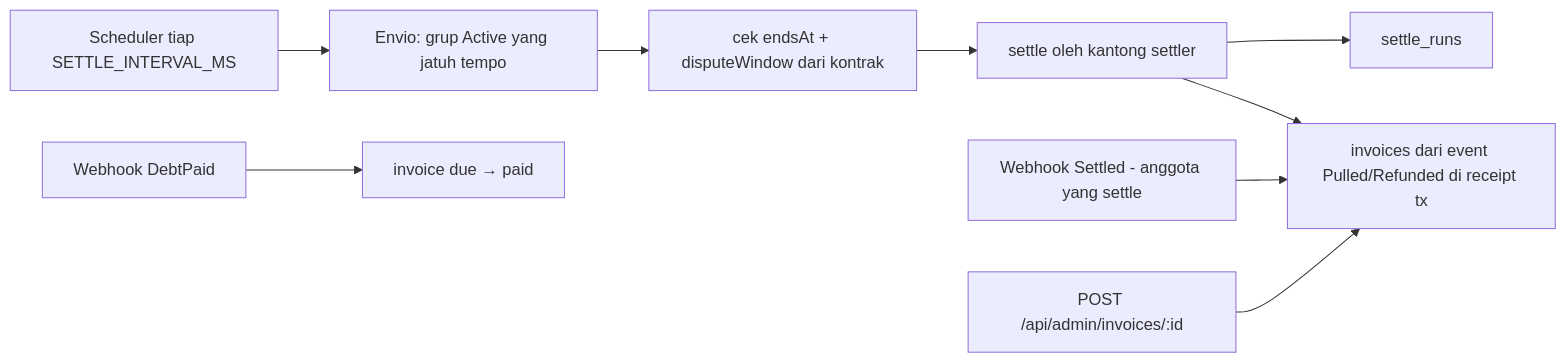
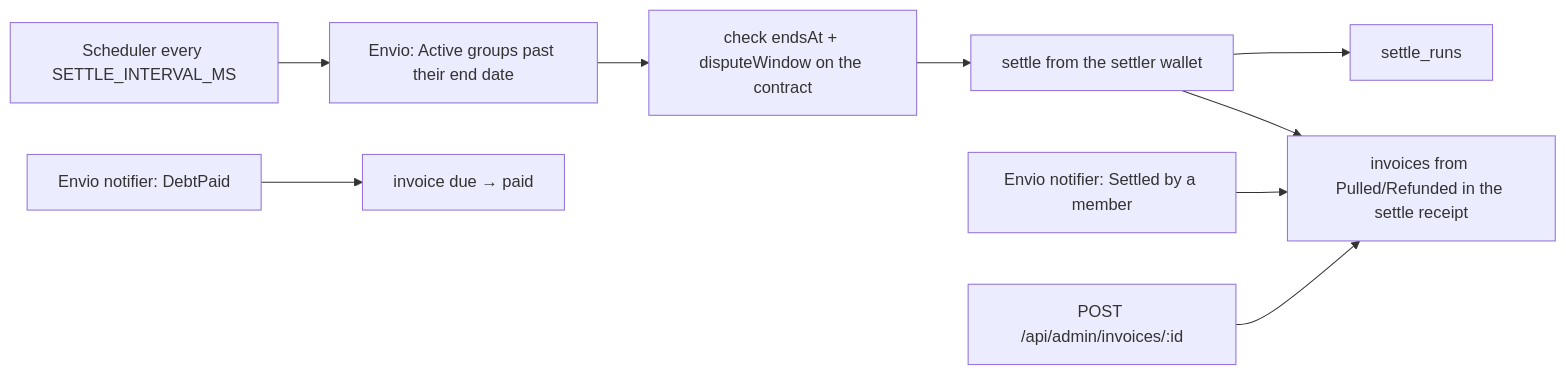
Before and after one commit to sewunodetech/tekosoe: the fourth of 7 diagrams in apps/api/docs/API.md, drawn with Mermaid. The commit also changed other lines of this file and 24 other files, not shown here.

````diff
--- a/apps/api/docs/API.md
+++ b/apps/api/docs/API.md
@@ -152,11 +156,11 @@
 ```mermaid
 flowchart LR
-  A[Scheduler tiap SETTLE_INTERVAL_MS] --> B[Envio: grup Active yang jatuh tempo]
-  B --> C[cek endsAt + disputeWindow dari kontrak]
-  C --> D[settle oleh kantong settler]
+  A[Scheduler every SETTLE_INTERVAL_MS] --> B[Envio: Active groups past their end date]
+  B --> C[check endsAt + disputeWindow on the contract]
+  C --> D[settle from the settler wallet]
   D --> E[settle_runs]
-  D --> F[invoices dari event Pulled/Refunded di receipt tx]
-  G[Webhook Settled - anggota yang settle] --> F
+  D --> F[invoices from Pulled/Refunded in the settle receipt]
+  G[Envio notifier: Settled by a member] --> F
   H[POST /api/admin/invoices/:id] --> F
-  I[Webhook DebtPaid] --> J[invoice due → paid]
+  I[Envio notifier: DebtPaid] --> J[invoice due → paid]
 ```
````
